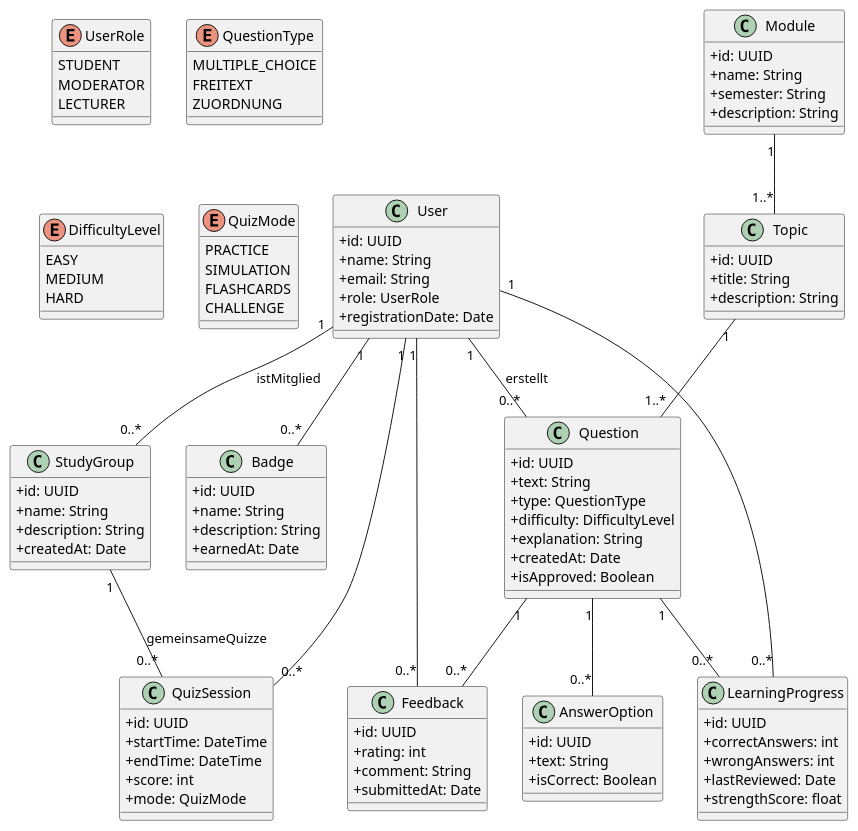
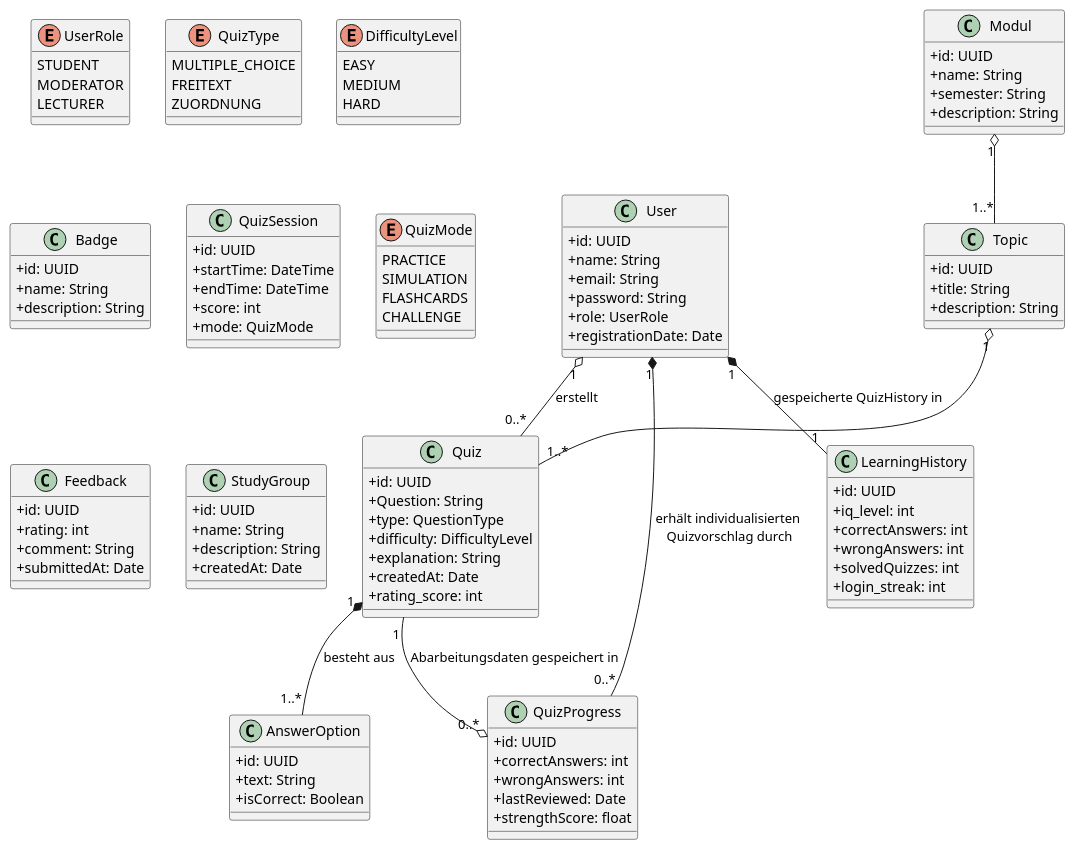
The diagram in docs/architecture/images/dommodell.puml (Gorg-tech/StudIQ), drawn with PlantUML before and after one commit.

Commit message:
domänenmodell  erstelt

```diff
--- a/docs/architecture/images/dommodell.puml
+++ b/docs/architecture/images/dommodell.puml
@@ -1,127 +1,139 @@
 @startuml
 skinparam classAttributeIconSize 0
 
 ' ----------------------------
 '      Entitäten / Klassen
 ' ----------------------------
 
 class User {
   +id: UUID
   +name: String
   +email: String
+  +password: String
   +role: UserRole
   +registrationDate: Date
 }
 
 enum UserRole {
   STUDENT
   MODERATOR
   LECTURER
 }
 
-class Module {
+class Modul {
   +id: UUID
   +name: String
   +semester: String
   +description: String
 }
 
 class Topic {
   +id: UUID
   +title: String
   +description: String
 }
 
-class Question {
+class Quiz {
   +id: UUID
-  +text: String
+  +Question: String
   +type: QuestionType
   +difficulty: DifficultyLevel
   +explanation: String
   +createdAt: Date
-  +isApproved: Boolean
+  +rating_score: int
 }
 
-enum QuestionType {
+enum QuizType {
   MULTIPLE_CHOICE
   FREITEXT
   ZUORDNUNG
 }
 
 enum DifficultyLevel {
   EASY
   MEDIUM
   HARD
 }
 
 class AnswerOption {
   +id: UUID
   +text: String
   +isCorrect: Boolean
 }
 
-class LearningProgress {
+class QuizProgress {
   +id: UUID
   +correctAnswers: int
   +wrongAnswers: int
   +lastReviewed: Date
   +strengthScore: float
 }
 
+class LearningHistory {
+  +id: UUID
+  +iq_level: int
+  +correctAnswers: int
+  +wrongAnswers: int
+  +solvedQuizzes: int 
+  'zusätzliche Speicherung der solvedQuizzes, 
+  'da bei Referenz auf Quiz nach Löschen dieses Probleme entstehen
+  +login_streak: int
+}
+
 class Badge {
   +id: UUID
   +name: String
   +description: String
-  +earnedAt: Date
 }
 
 class QuizSession {
   +id: UUID
   +startTime: DateTime
   +endTime: DateTime
   +score: int
   +mode: QuizMode
 }
 
 enum QuizMode {
   PRACTICE
   SIMULATION
   FLASHCARDS
   CHALLENGE
 }
 
 class Feedback {
   +id: UUID
   +rating: int
   +comment: String
   +submittedAt: Date
 }
 
 class StudyGroup {
   +id: UUID
   +name: String
   +description: String
   +createdAt: Date
 }
 
 
 ' ----------------------------
 '      Beziehungen
 ' ----------------------------
+User "1" *-- "0..*" QuizProgress : erhält individualisierten\n Quizvorschlag durch
+User "1" *-- "1" LearningHistory : gespeicherte QuizHistory in
+'User "1" *-- "0..*" QuizSession
+'User "1" o-- "0..*" Feedback
+'User "1" o-- "0..*" Badge
+User "1" o-- "0..*" Quiz : erstellt
 
-User "1" -- "0..*" LearningProgress
-User "1" -- "0..*" QuizSession
-User "1" -- "0..*" Feedback
-User "1" -- "0..*" Badge
-User "1" -- "0..*" Question : erstellt
+'User "1" -- "0..*" StudyGroup : istMitglied
+'StudyGroup "1" -- "0..*" QuizSession : gemeinsameQuizze
 
-User "1" -- "0..*" StudyGroup : istMitglied
-StudyGroup "1" -- "0..*" QuizSession : gemeinsameQuizze
-
-Module "1" -- "1..*" Topic
-Topic "1" -- "1..*" Question
-Question "1" -- "0..*" AnswerOption
-Question "1" -- "0..*" Feedback
-Question "1" -- "0..*" LearningProgress
+Modul "1" o-- "1..*" Topic
+Topic "1" o-- "1..*" Quiz
+Quiz "1" *-- "1..*" AnswerOption : besteht aus
+'Quiz "1" *-- "0..*" Feedback
+Quiz "1" --o "0..*" QuizProgress : Abarbeitungsdaten gespeichert in
+'Quiz "0..*" -- "1" LearningHistory : Referenz auf 
 
 @enduml
```
